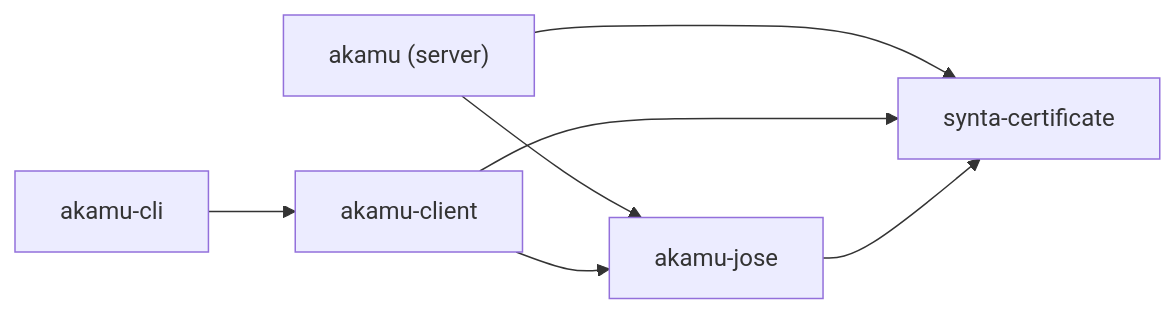
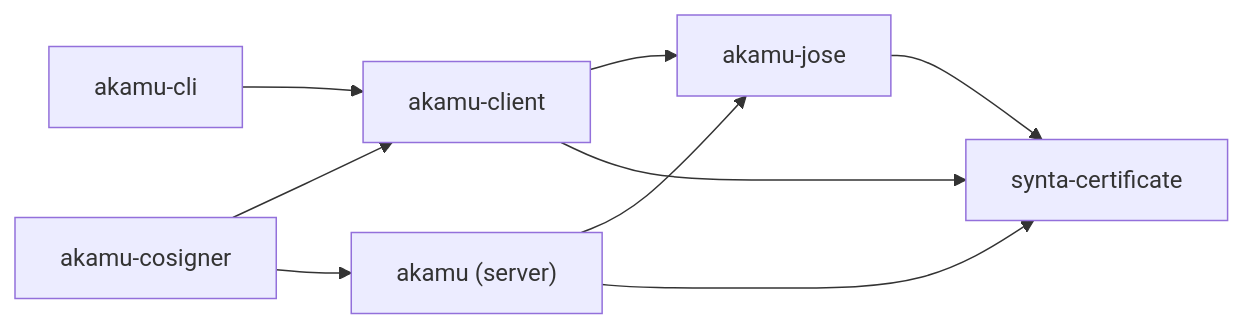
One commit to czinda/akamu changed the second of 2 diagrams in docs/src/developer/architecture.md. Above: the diagram before and after it, drawn with Mermaid. The commit also changed other lines of this file, not shown here.

First line of the commit message:
docs(architecture): document MTC modules, db layer, and akamu-cosigner crate

````diff
--- a/docs/src/developer/architecture.md
+++ b/docs/src/developer/architecture.md
@@ -72,15 +73,18 @@
 ```mermaid
 graph LR
     SERVER["akamu (server)"]
     CLIENT["akamu-client"]
     CLI["akamu-cli"]
+    COSIGNER["akamu-cosigner"]
     JOSE["akamu-jose"]
     SYNTA["synta-certificate"]
 
     SERVER --> JOSE
     SERVER --> SYNTA
     CLIENT --> JOSE
     CLIENT --> SYNTA
     CLI --> CLIENT
+    COSIGNER --> CLIENT
+    COSIGNER --> SERVER
     JOSE --> SYNTA
 ```
````
